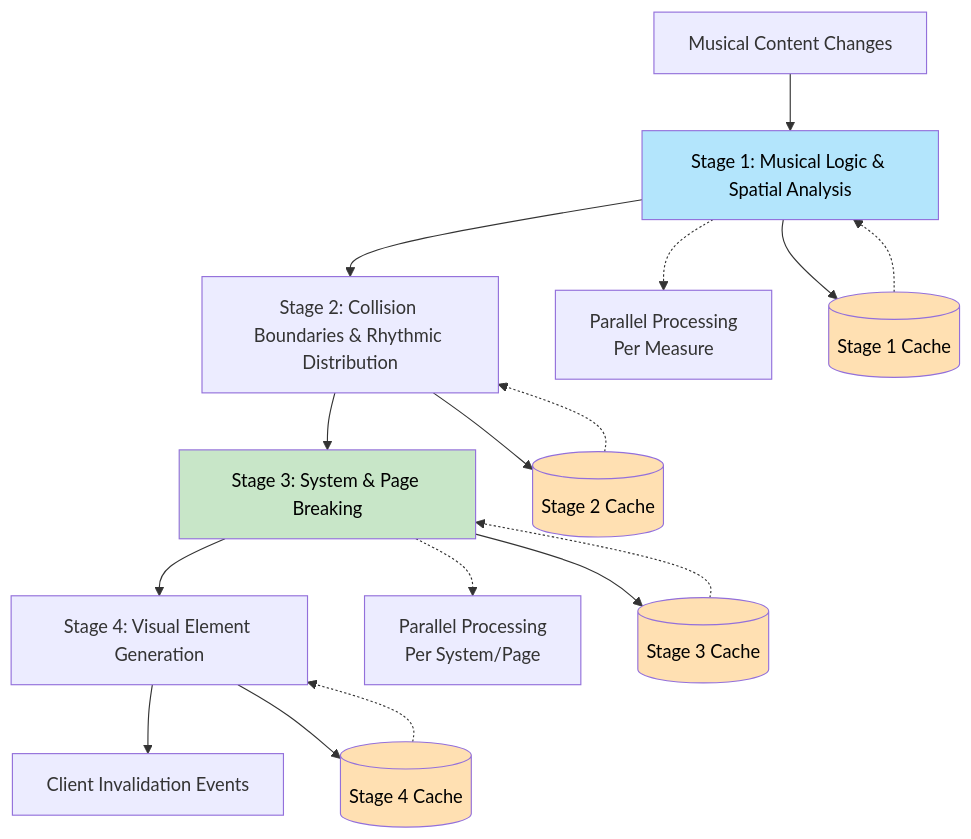
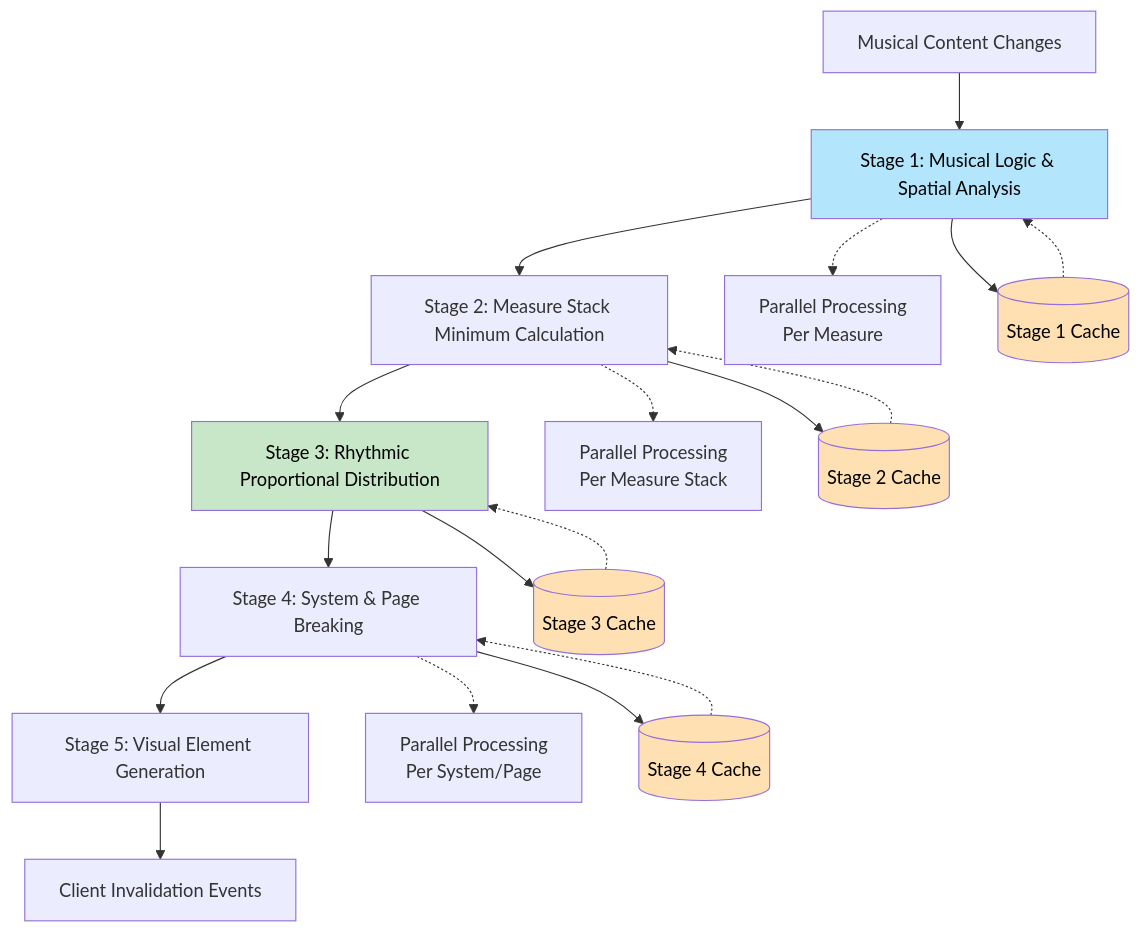
One commit to PeterBengtson/Ooloi-docs changed the first of 6 diagrams in ADRs/0028-Hierarchical-Rendering-Pipeline.md. Above: the diagram before and after it, drawn with Mermaid. The commit also changed other lines of this file, not shown here.

````diff
--- a/ADRs/0028-Hierarchical-Rendering-Pipeline.md
+++ b/ADRs/0028-Hierarchical-Rendering-Pipeline.md
@@ -71,28 +72,30 @@
 ```mermaid
 flowchart TD
     A[Musical Content Changes] --> B[Stage 1: Musical Logic & Spatial Analysis]
-    B --> C[Stage 2: Collision Boundaries & Rhythmic Distribution]
-    C --> D[Stage 3: System & Page Breaking]
-    D --> E[Stage 4: Visual Element Generation]
-    E --> F[Client Invalidation Events]
+    B --> C[Stage 2: Measure Stack Minimum Calculation]
+    C --> D[Stage 3: Rhythmic Proportional Distribution]
+    D --> E[Stage 4: System & Page Breaking]
+    E --> F[Stage 5: Visual Element Generation]
+    F --> G[Client Invalidation Events]
     
     B -.-> B1[Parallel Processing<br/>Per Measure]
-    D -.-> D1[Parallel Processing<br/>Per System/Page]
+    C -.-> C1[Parallel Processing<br/>Per Measure Stack]
+    E -.-> E1[Parallel Processing<br/>Per System/Page]
     
     B --> Cache1[(Stage 1 Cache)]
     C --> Cache2[(Stage 2 Cache)]
     D --> Cache3[(Stage 3 Cache)]
     E --> Cache4[(Stage 4 Cache)]
     
     Cache1 -.-> B
     Cache2 -.-> C
     Cache3 -.-> D
     Cache4 -.-> E
     
     style B fill:#b3e5fc,color:#000
     style D fill:#c8e6c8,color:#000
     style Cache1 fill:#ffe0b2,color:#000
     style Cache2 fill:#ffe0b2,color:#000
     style Cache3 fill:#ffe0b2,color:#000
     style Cache4 fill:#ffe0b2,color:#000
 ```
````
